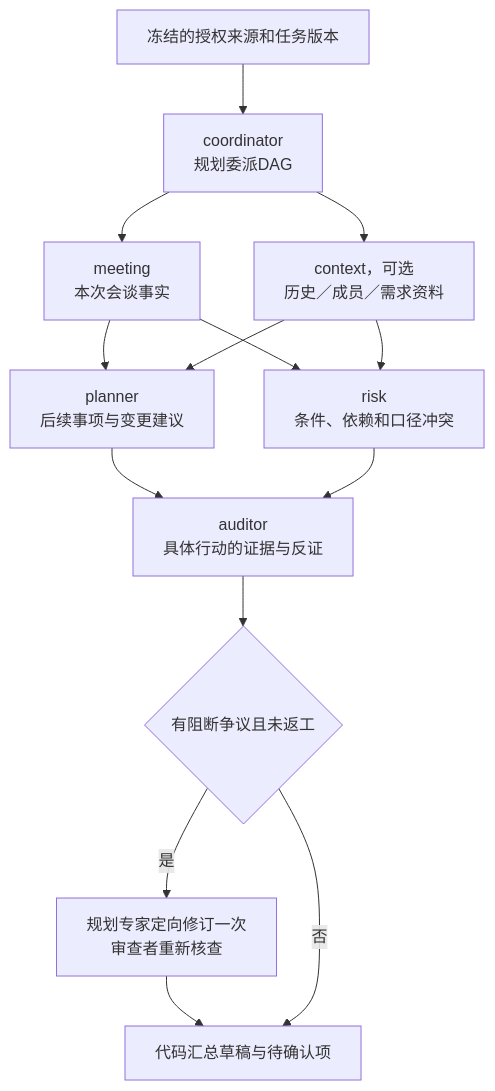
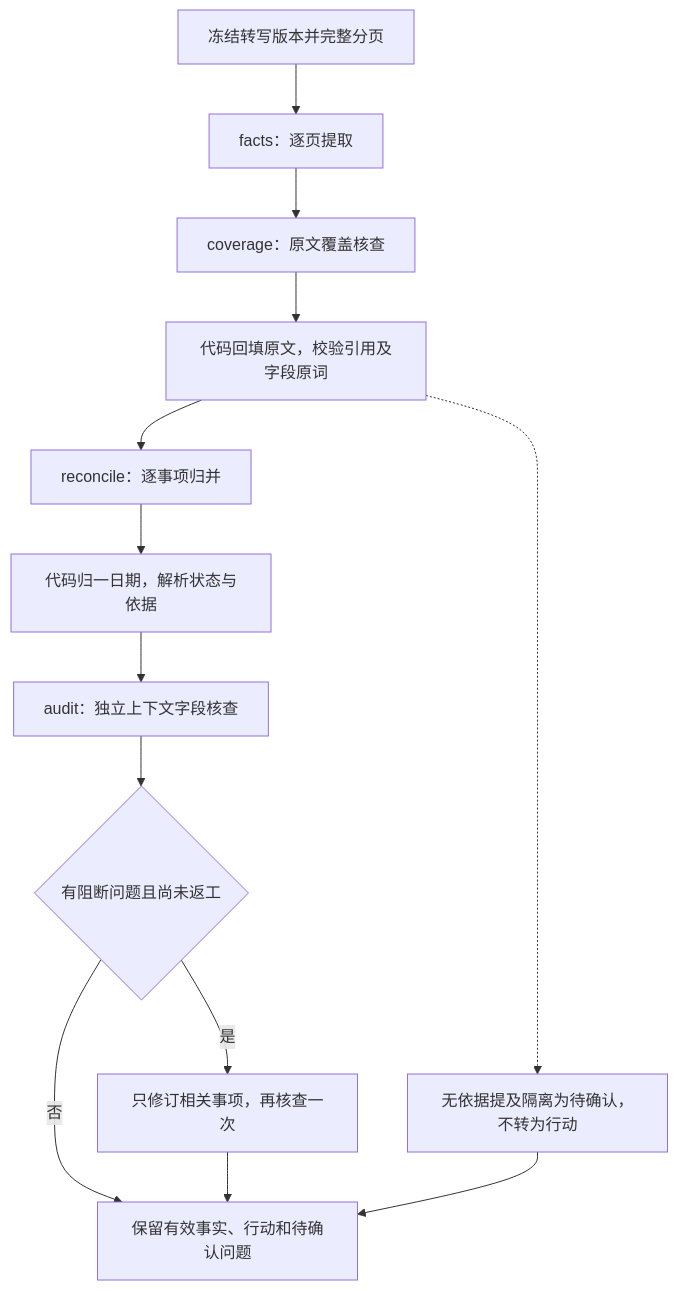
The third of 7 diagrams in README.md (thehappysky/meetflow), drawn with Mermaid before and after one commit. The commit also changed other lines of this file and 4 other files, not shown here.

Commit message:
docs: explain implemented sales meeting workflows with seven diagrams

````diff
--- a/README.md
+++ b/README.md
@@ -174,16 +115,15 @@
 ```mermaid
 flowchart TD
-    I[冻结的授权来源和任务版本] --> C[coordinator<br/>规划委派DAG]
-    C --> M[meeting<br/>本次会谈事实]
-    C --> H[context，可选<br/>历史／成员／需求资料]
-    M --> P[planner<br/>后续事项与变更建议]
-    H --> P
-    M --> R[risk<br/>条件、依赖和口径冲突]
-    H --> R
-    P --> A[auditor<br/>具体行动的证据与反证]
-    R --> A
-    A --> D{有阻断争议且未返工}
-    D -->|是| X[规划专家定向修订一次<br/>审查者重新核查]
-    X --> O[代码汇总草稿与待确认项]
-    D -->|否| O
+    Source[冻结转写版本并完整分页] --> Facts[facts：逐页提取]
+    Facts --> Coverage[coverage：原文覆盖核查]
+    Coverage --> Ground[代码回填原文，校验引用及字段原词]
+    Ground --> Merge[reconcile：逐事项归并]
+    Merge --> Resolve[代码归一日期，解析状态与依据]
+    Resolve --> Audit[audit：独立上下文字段核查]
+    Audit --> Gate{有阻断问题且尚未返工}
+    Gate -->|是| Repair[只修订相关事项，再核查一次]
+    Gate -->|否| Output[保留有效事实、行动和待确认问题]
+    Repair --> Output
+    Ground -.-> Pending[无依据提及隔离为待确认，不转为行动]
+    Pending --> Output
 ```
````
